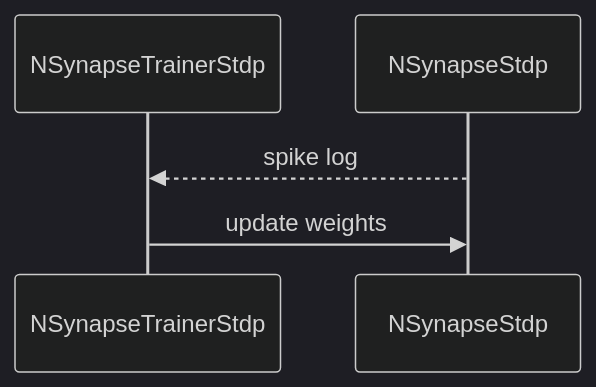
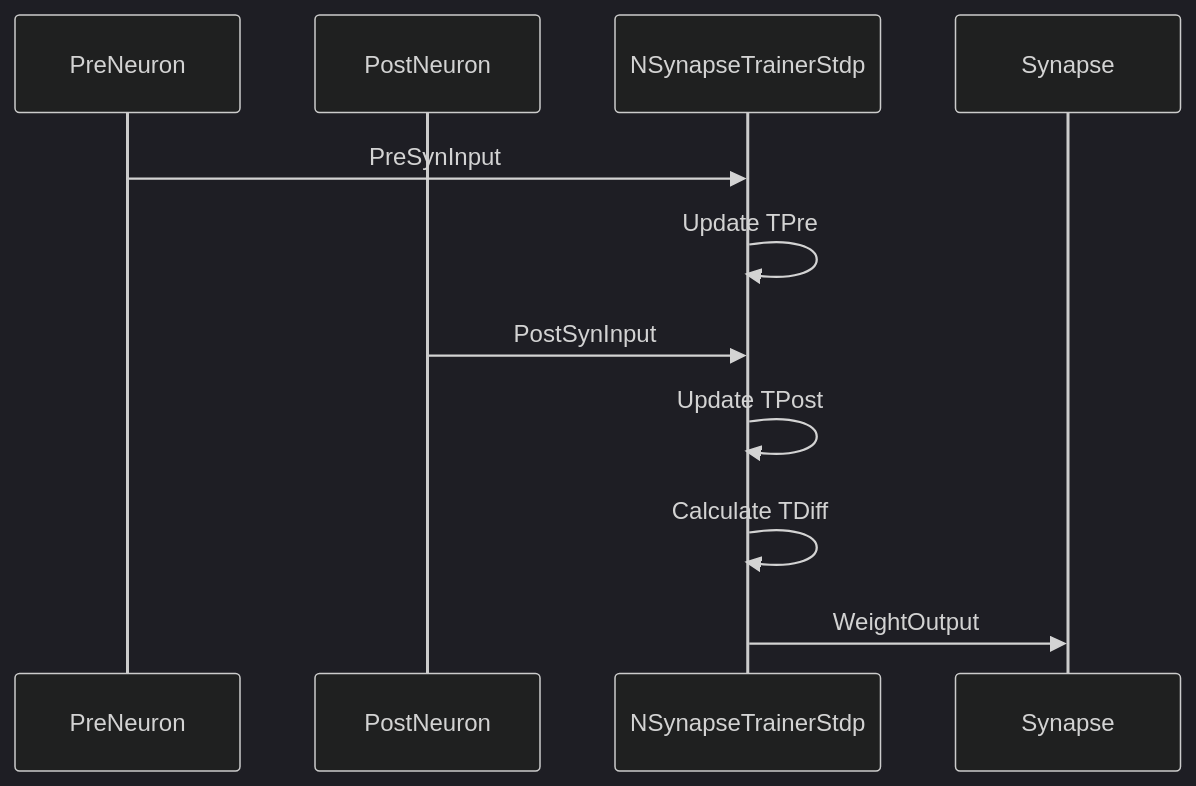
One commit to aicommunity/Nmsdk-PulseLib changed the seventh of 10 diagrams in Docs/Components/NSynapseTrainerStdp.md. Above: the diagram before and after it, drawn with Mermaid (dark theme). The commit also changed other lines of this file and 196 other files, not shown here.

````diff
--- a/Docs/Components/NSynapseTrainerStdp.md
+++ b/Docs/Components/NSynapseTrainerStdp.md
@@ -27,7 +344,14 @@
 ```mermaid
 sequenceDiagram
+    participant PreNeuron
+    participant PostNeuron
     participant Trainer as NSynapseTrainerStdp
-    participant Syn as NSynapseStdp
-    Syn-->>Trainer: spike log
-    Trainer->>Syn: update weights
+    participant Synapse
+    
+    PreNeuron->>Trainer: PreSynInput
+    Trainer->>Trainer: Update TPre
+    PostNeuron->>Trainer: PostSynInput
+    Trainer->>Trainer: Update TPost
+    Trainer->>Trainer: Calculate TDiff
+    Trainer->>Synapse: WeightOutput
 ```
````
